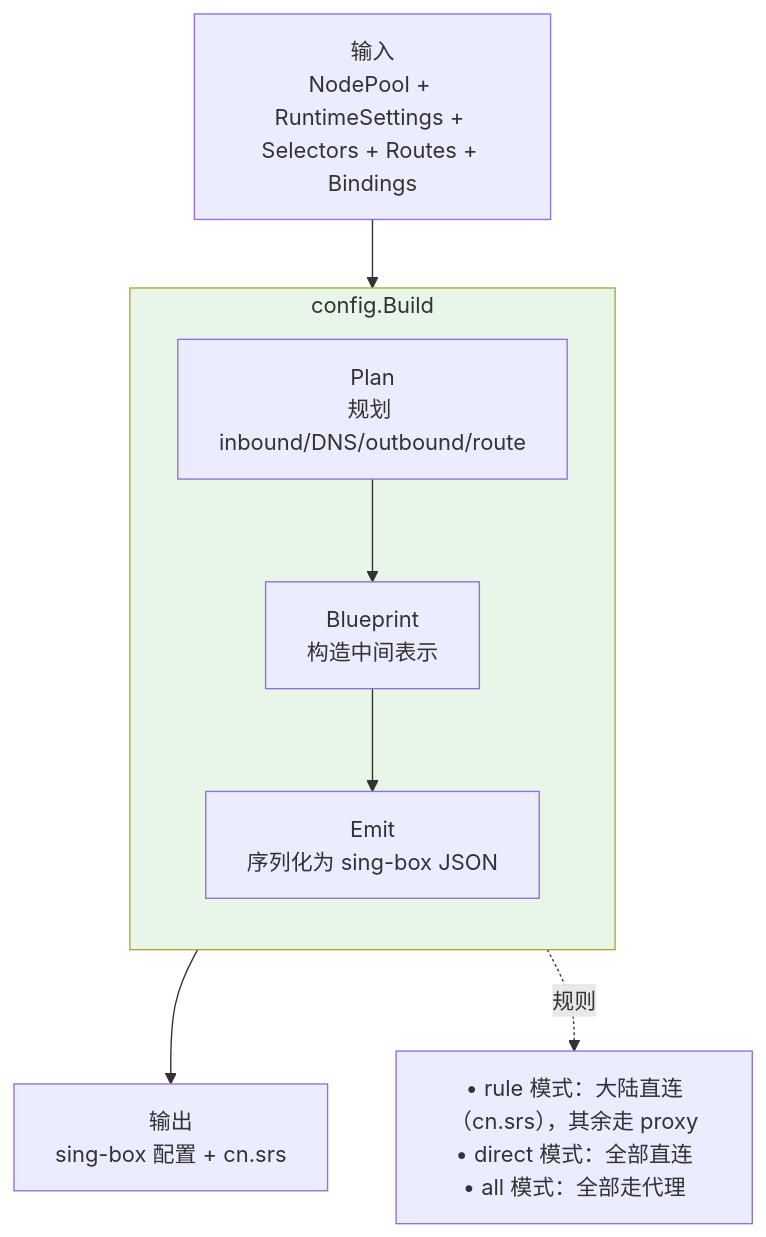
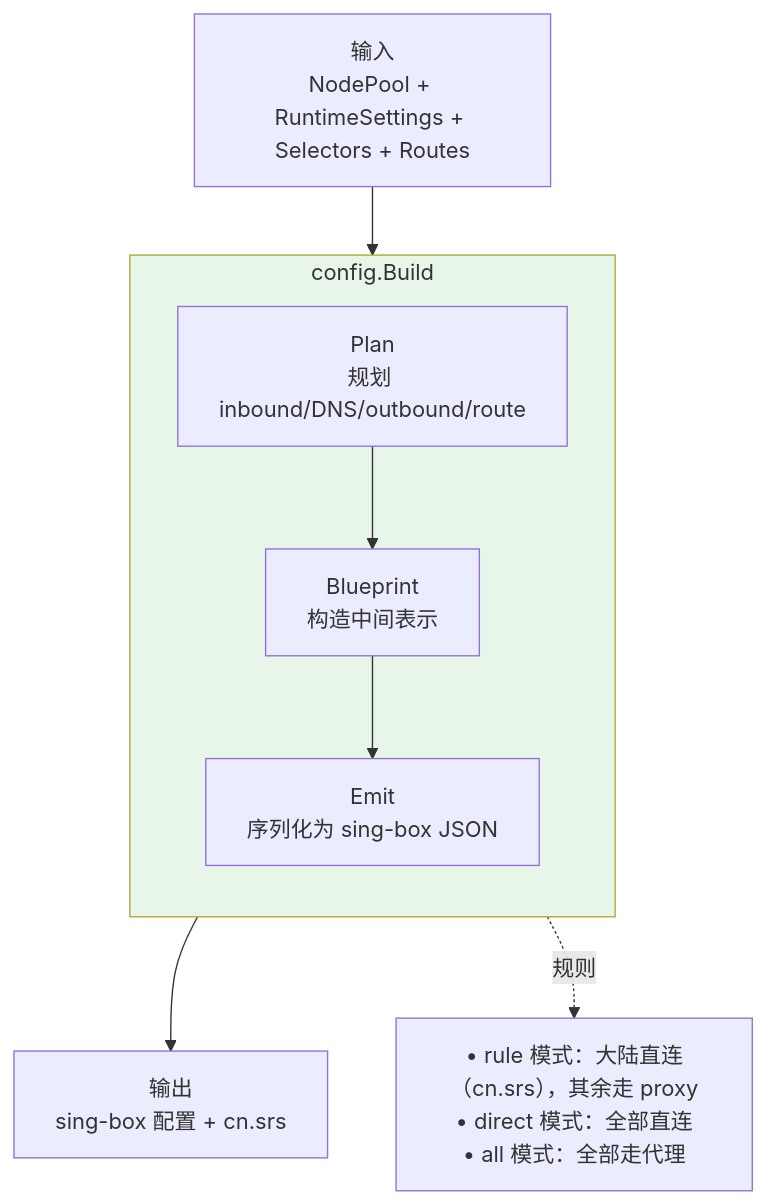
Before and after one commit to TargetProxy/TargetLib: the fifth of 5 diagrams in docs/DESIGN.md, drawn with Mermaid. The commit also changed other lines of this file and 40 other files, not shown here.

````diff
--- a/docs/DESIGN.md
+++ b/docs/DESIGN.md
@@ -146,25 +144,25 @@
 ```mermaid
 flowchart TB
-    INPUT["输入<br/>NodePool + RuntimeSettings + Selectors + Routes + Bindings"]
+    INPUT["输入<br/>NodePool + RuntimeSettings + Selectors + Routes"]
     
     subgraph BUILD["config.Build"]
         direction TB
         PLAN[Plan<br/>规划 inbound/DNS/outbound/route]
         BLUE[Blueprint<br/>构造中间表示]
         EMIT[Emit<br/>序列化为 sing-box JSON]
         
         PLAN --> BLUE
         BLUE --> EMIT
     end
     
     OUTPUT["输出<br/>sing-box 配置 + cn.srs"]
     
     INPUT --> BUILD
     BUILD --> OUTPUT
     
     NOTE1["• rule 模式：大陆直连（cn.srs），其余走 proxy<br/>• direct 模式：全部直连<br/>• all 模式：全部走代理"]
     
     BUILD -.规则.-> NOTE1
     
     style BUILD fill:#e8f5e9
 ```
````
